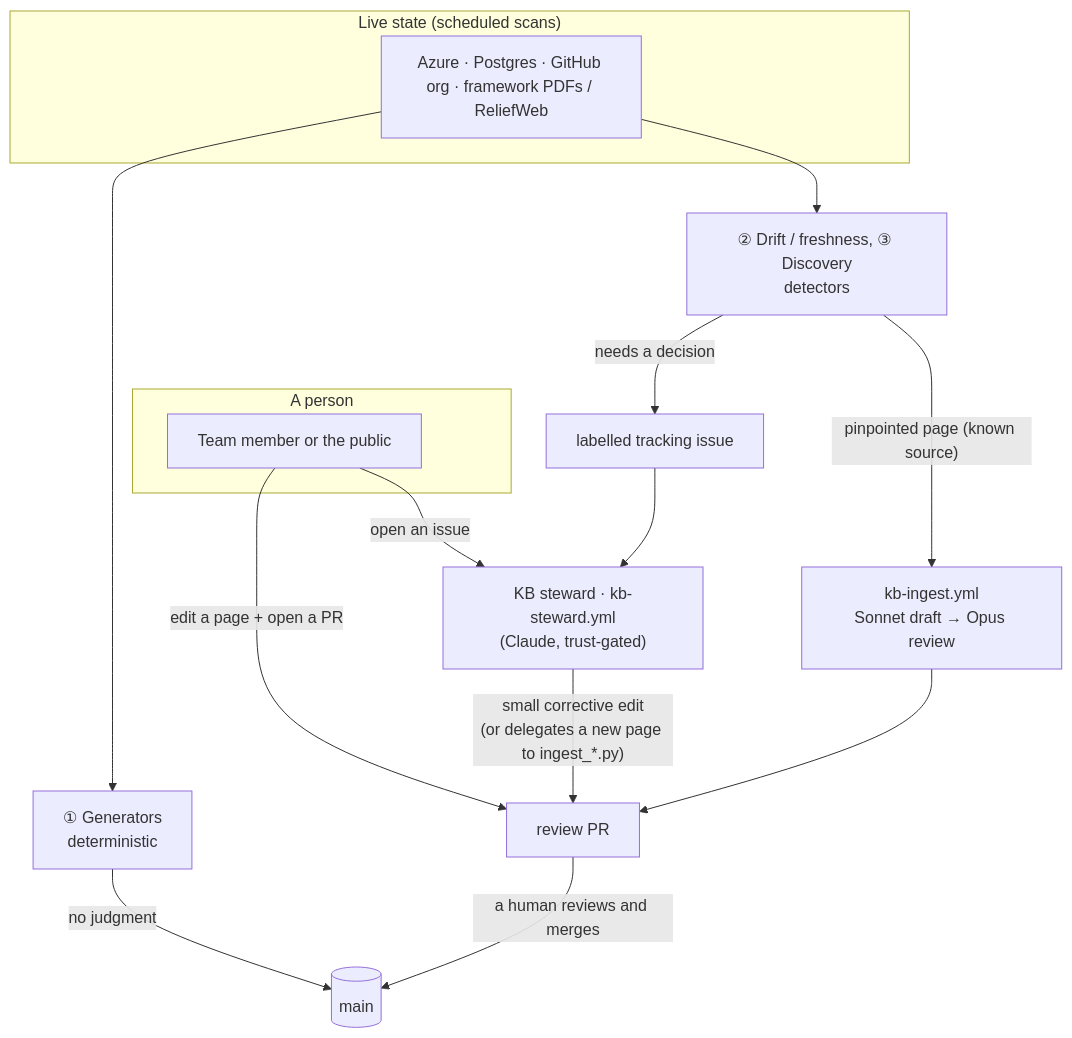
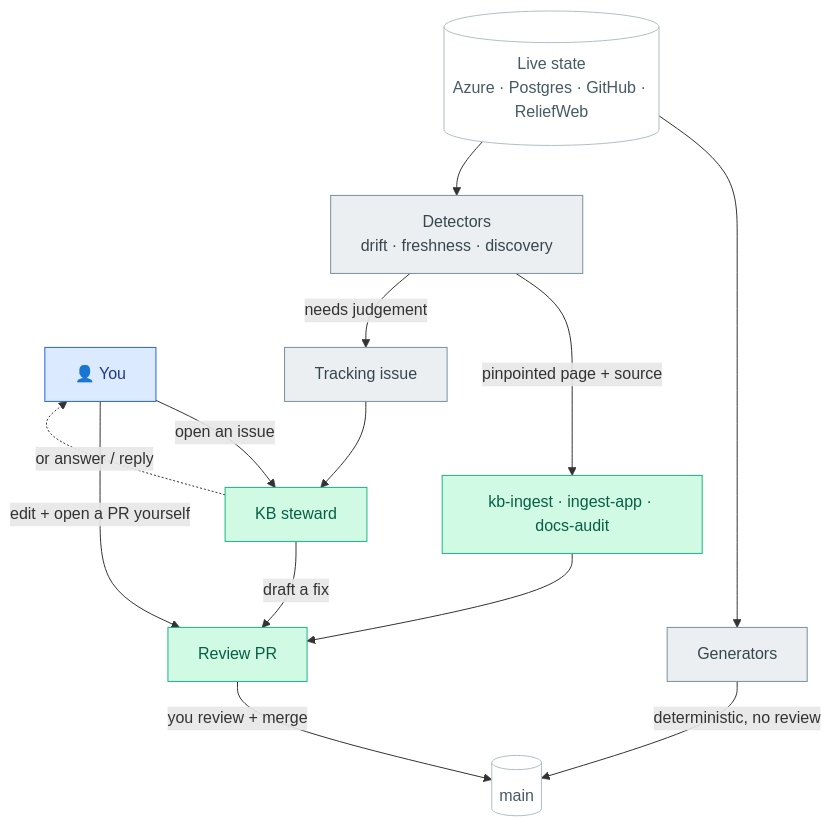
One commit to OCHA-DAP/ds-knowledge-base changed the diagram in infrastructure/automation.md. Above: the diagram before and after it, drawn with Mermaid. The commit also changed other lines of this file, not shown here.

Commit message:
docs(automation): colour-code the flow by actor + spell out each actor's permissions
Rework the 'how the KB changes' mermaid to colour nodes by who acts —
blue = you, green = the steward bot (chd-ds-kb-bot), grey = mechanical CI
(github-actions) — with a colour legend. Rework the actors table to add a
'Can touch — permissions & reach' column: steward = repo-scoped App
(Contents/PRs/Issues R/W, no workflows, no other repo, no direct main write,
tokens scrubbed); CI = GITHUB_TOKEN least-privilege; you = owner, the only
one who merges.

````diff
--- a/infrastructure/automation.md
+++ b/infrastructure/automation.md
@@ -14,23 +18,29 @@
 ```mermaid
 flowchart TD
-  subgraph people["A person"]
-    H["Team member or the public"]
-  end
-  subgraph world["Live state (scheduled scans)"]
-    Src["Azure · Postgres · GitHub org · framework PDFs / ReliefWeb"]
-  end
+  H["👤 You"]:::human
+  Src[("Live state<br/>Azure · Postgres · GitHub · ReliefWeb")]:::data
 
-  H -->|"open an issue"| Steward["KB steward · kb-steward.yml<br/>(Claude, trust-gated)"]
-  H -->|"edit a page + open a PR"| PRv["review PR"]
+  Gen["Generators"]:::mech
+  Det["Detectors<br/>drift · freshness · discovery"]:::mech
+  Iss["Tracking issue"]:::mech
 
-  Src --> Gen["① Generators<br/>deterministic"]
-  Src --> Det["② Drift / freshness, ③ Discovery<br/>detectors"]
+  Stew["KB steward"]:::stew
+  Ing["kb-ingest · ingest-app · docs-audit"]:::stew
+  PR["Review PR"]:::stew
+  Main[("main")]:::data
 
-  Gen -->|"no judgment"| Main[("main")]
-  Det -->|"pinpointed page (known source)"| Ingest["kb-ingest.yml<br/>Sonnet draft → Opus review"]
-  Det -->|"needs a decision"| Issue["labelled tracking issue"]
-  Issue --> Steward
-  Steward -->|"small corrective edit<br/>(or delegates a new page to ingest_*.py)"| PRv
-  Ingest --> PRv
-  PRv -->|"a human reviews and merges"| Main
+  H -->|"open an issue"| Stew
+  H -->|"edit + open a PR yourself"| PR
+  Src --> Gen -->|"deterministic, no review"| Main
+  Src --> Det
+  Det -->|"pinpointed page + source"| Ing --> PR
+  Det -->|"needs judgement"| Iss --> Stew
+  Stew -->|"draft a fix"| PR
+  Stew -.->|"or answer / reply"| H
+  PR -->|"you review + merge"| Main
+
+  classDef human fill:#dbeafe,stroke:#2563eb,color:#1e3a8a
+  classDef stew  fill:#d1fae5,stroke:#1BB581,color:#065f46
+  classDef mech  fill:#eceff1,stroke:#78909c,color:#37474f
+  classDef data  fill:#ffffff,stroke:#b0bec5,color:#455a64
 ```
````
